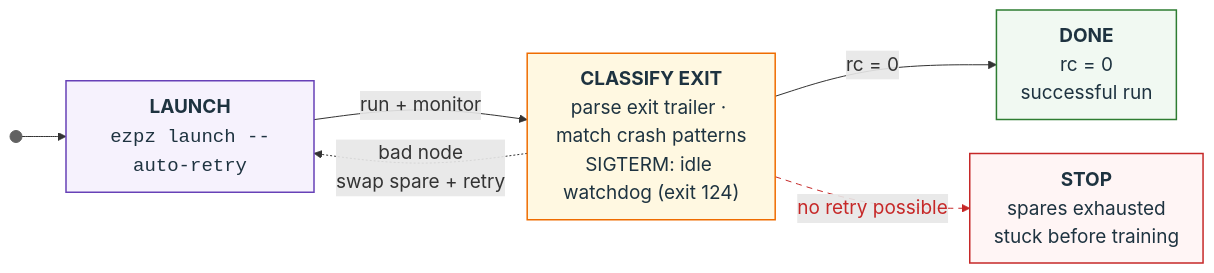
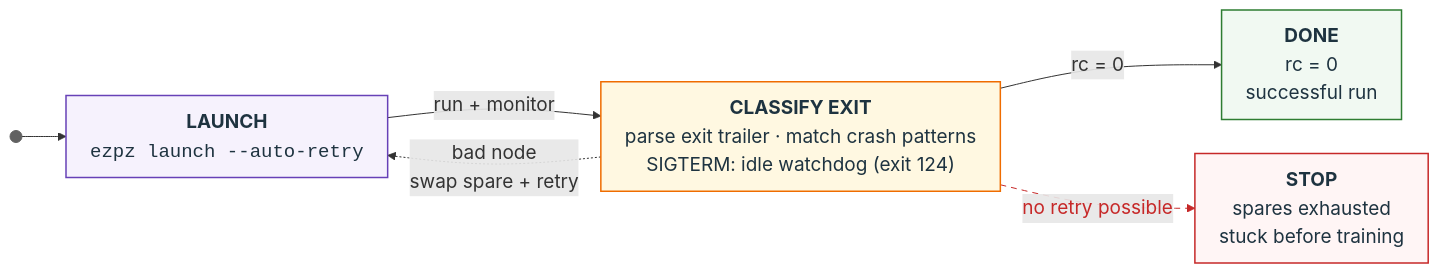
Before and after one commit to saforem2/samf.sh: the eighth of 10 diagrams in web/src/pages/talks/2026/11/20/index.mdx, drawn with Mermaid.

Commit message:
slides: unwrap fig5 flowchart labels (wrappingWidth 200 -> 640)
pele wraps flowchart node and edge labels at wrappingWidth (default 200), so CLASSIFY EXIT rendered as five ragged lines and wrapped mid-phrase ("match / crash", "(exit / 124)").
Set wrappingWidth: 640 on the fig5 diagram only; labels now break only at the explicit <br/> boundaries. Diagram is 1459x240.

````diff
--- a/web/src/pages/talks/2026/11/20/index.mdx
+++ b/web/src/pages/talks/2026/11/20/index.mdx
@@ -374,25 +374,25 @@
 ```mermaid
-%%{init: {'themeVariables': {'fontSize': '19px'}, 'flowchart': {'nodeSpacing': 34, 'rankSpacing': 44, 'padding': 12}}}%%
+%%{init: {'themeVariables': {'fontSize': '19px'}, 'flowchart': {'nodeSpacing': 34, 'rankSpacing': 44, 'padding': 12, 'wrappingWidth': 640}}}%%
 flowchart LR
     START(( )) --> LAUNCH
     LAUNCH["<span style='font-weight:700'>LAUNCH</span><br/><code>ezpz launch --auto-retry</code>"]
     CLASSIFY["<span style='font-weight:700'>CLASSIFY EXIT</span><br/>parse exit trailer · match crash patterns<br/>SIGTERM: idle watchdog (exit 124)"]
     DONE["<span style='font-weight:700'>DONE</span><br/>rc = 0<br/>successful run"]
     STOP["<span style='font-weight:700'>STOP</span><br/>spares exhausted<br/>stuck before training"]
     LAUNCH -->|"run + monitor"| CLASSIFY
     CLASSIFY -->|"rc = 0"| DONE
     CLASSIFY -->|"no retry possible"| STOP
     CLASSIFY -.->|"bad node<br/>swap spare + retry"| LAUNCH
 
     classDef launchC fill:#f6f2fd,stroke:#6741b7,color:#1e3340,stroke-width:1.5px
     classDef classifyC fill:#fff8e1,stroke:#ef6c00,color:#1e3340,stroke-width:1.5px
     classDef doneC fill:#f1f9f2,stroke:#2e7d32,color:#1e3340,stroke-width:1.5px
     classDef stopC fill:#fff5f5,stroke:#c62828,color:#1e3340,stroke-width:1.5px
     classDef startC fill:#616161,stroke:#616161,color:#616161
     class START startC
     class LAUNCH launchC
     class CLASSIFY classifyC
     class DONE doneC
     class STOP stopC
     linkStyle 3 stroke:#c62828,color:#c62828,stroke-dasharray:6 5
 ```
````
